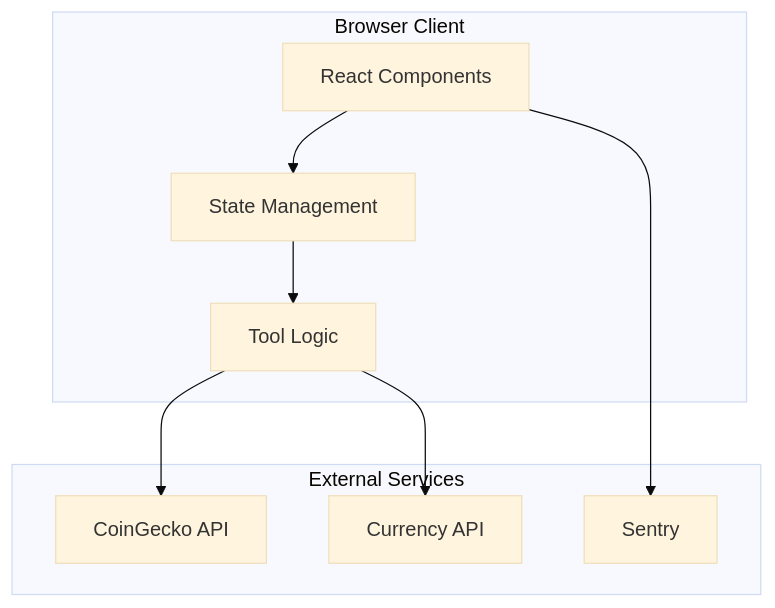
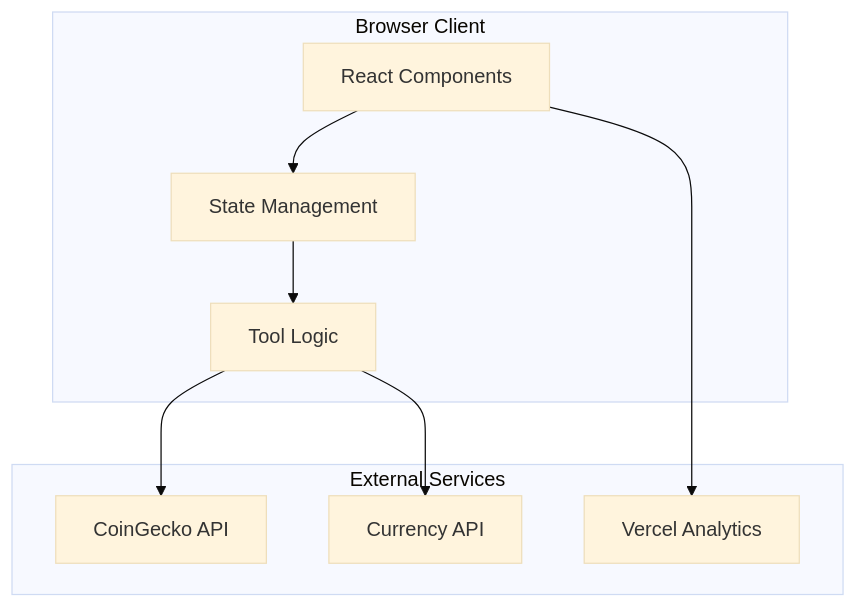
The first of 6 diagrams in docs/ARCHITECTURE.md (puri-adityakumar/astraa), drawn with Mermaid (base theme) before and after one commit. The commit also changed other lines of this file and 18 other files, not shown here.

First line of the commit message:
feat(telemetry): retire Sentry for users, keep Vercel Analytics (#142)

````diff
--- a/docs/ARCHITECTURE.md
+++ b/docs/ARCHITECTURE.md
@@ -16,20 +16,20 @@
 ```mermaid
 graph TB
     subgraph Client["Browser Client"]
         UI[React Components]
         State[State Management]
         Tools[Tool Logic]
     end
 
     subgraph External["External Services"]
         CG[CoinGecko API]
         FX[Currency API]
-        Sentry[Sentry]
+        VA[Vercel Analytics]
     end
 
     UI --> State
     State --> Tools
     Tools --> CG
     Tools --> FX
-    UI --> Sentry
+    UI --> VA
 ```
````
